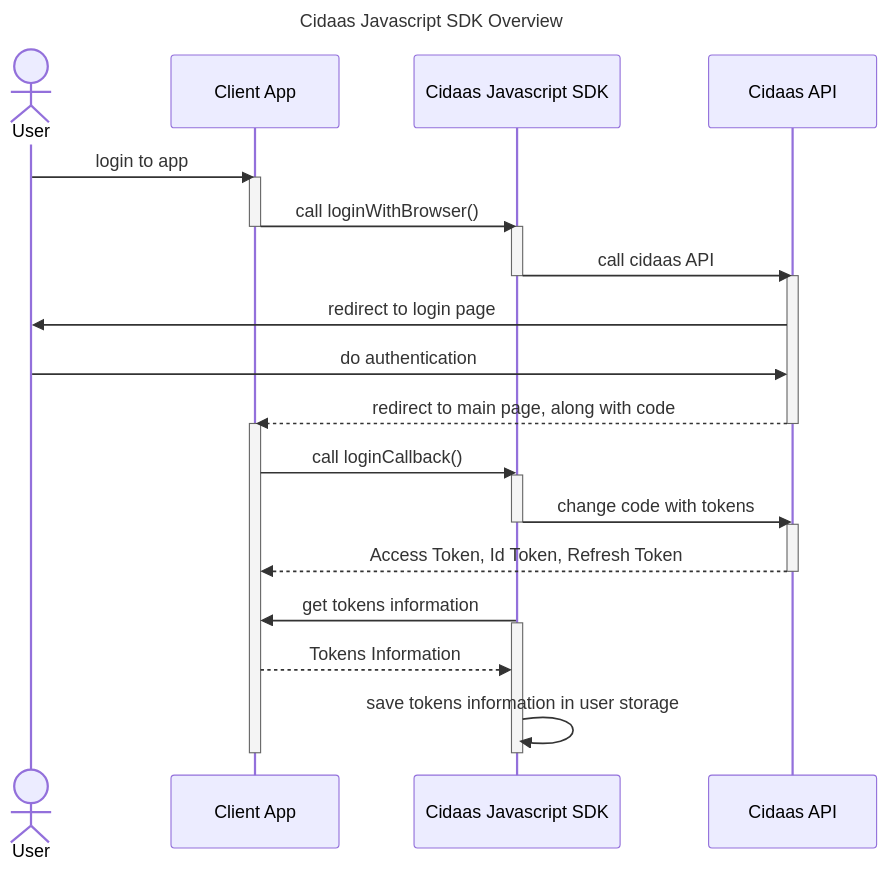
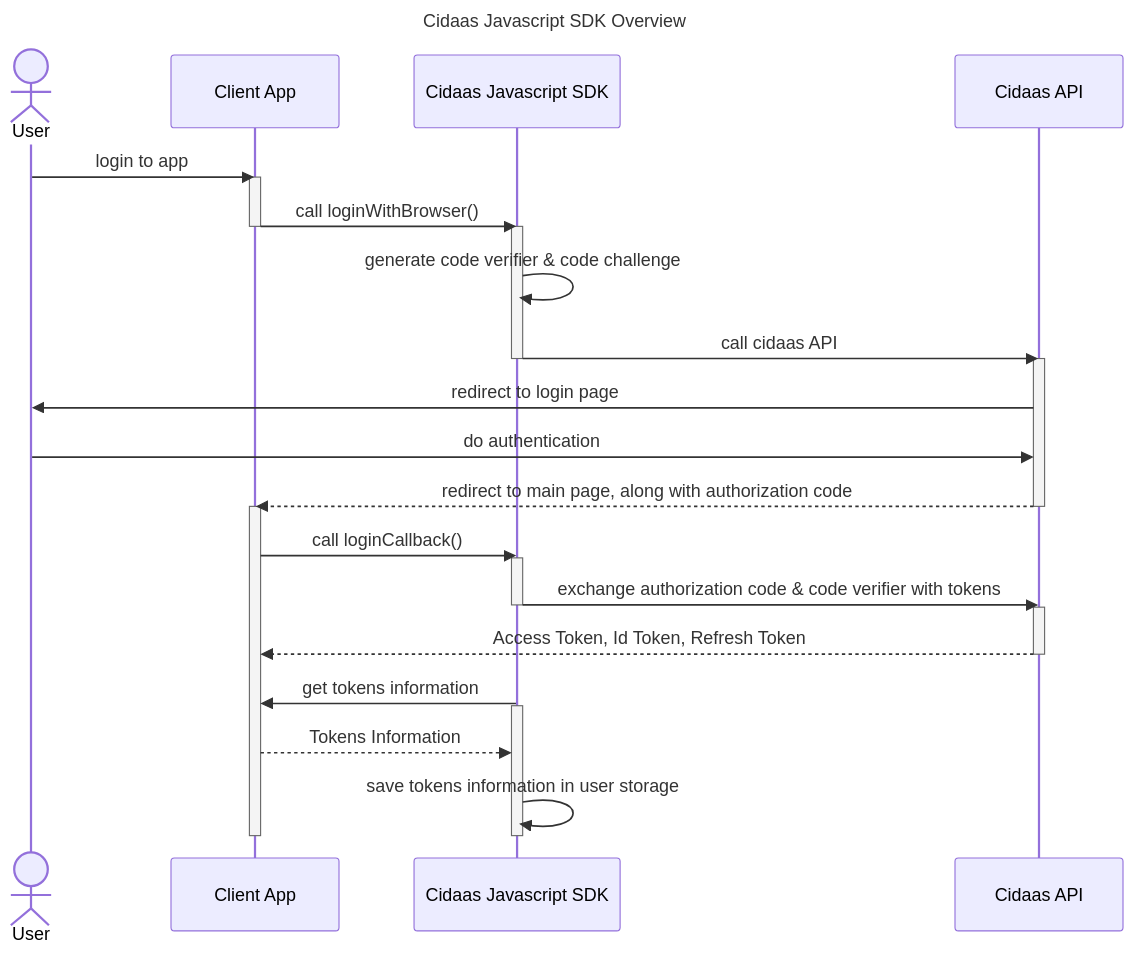
One commit to cidaas/cidaas-javascript-sdk changed the second of 2 diagrams in overview.md. Above: the diagram before and after it, drawn with Mermaid. The commit also changed other lines of this file, not shown here.

````diff
--- a/overview.md
+++ b/overview.md
@@ -92,46 +92,47 @@
 ```mermaid
 ---
 title: Cidaas Javascript SDK Overview
 ---
 sequenceDiagram
   Actor User
   participant ClientApp as Client App
   participant CidaasSDK as Cidaas Javascript SDK
   participant CidaasAPI as Cidaas API
 
 User ->> ClientApp: login to app
 
 activate ClientApp
 ClientApp ->> CidaasSDK: call loginWithBrowser()
 deactivate ClientApp
 
 activate CidaasSDK
+CidaasSDK ->> CidaasSDK: generate code verifier & code challenge
 CidaasSDK ->> CidaasAPI: call cidaas API
 deactivate CidaasSDK
 
 activate CidaasAPI
 CidaasAPI ->> User: redirect to login page
 User ->> CidaasAPI: do authentication
-CidaasAPI -->> ClientApp: redirect to main page, along with code
+CidaasAPI -->> ClientApp: redirect to main page, along with authorization code
 deactivate CidaasAPI
 
 activate ClientApp
 ClientApp ->> CidaasSDK: call loginCallback()
 
 activate CidaasSDK
-CidaasSDK ->> CidaasAPI: change code with tokens
+CidaasSDK ->> CidaasAPI: exchange authorization code & code verifier with tokens
 deactivate CidaasSDK
 
 activate CidaasAPI
 CidaasAPI -->> ClientApp: Access Token, Id Token, Refresh Token
 deactivate CidaasAPI
 
 CidaasSDK ->> ClientApp: get tokens information
 
 activate CidaasSDK
 ClientApp -->> CidaasSDK: Tokens Information
 CidaasSDK ->> CidaasSDK: save tokens information in user storage
 deactivate CidaasSDK
 
 deactivate ClientApp
 ```
````
